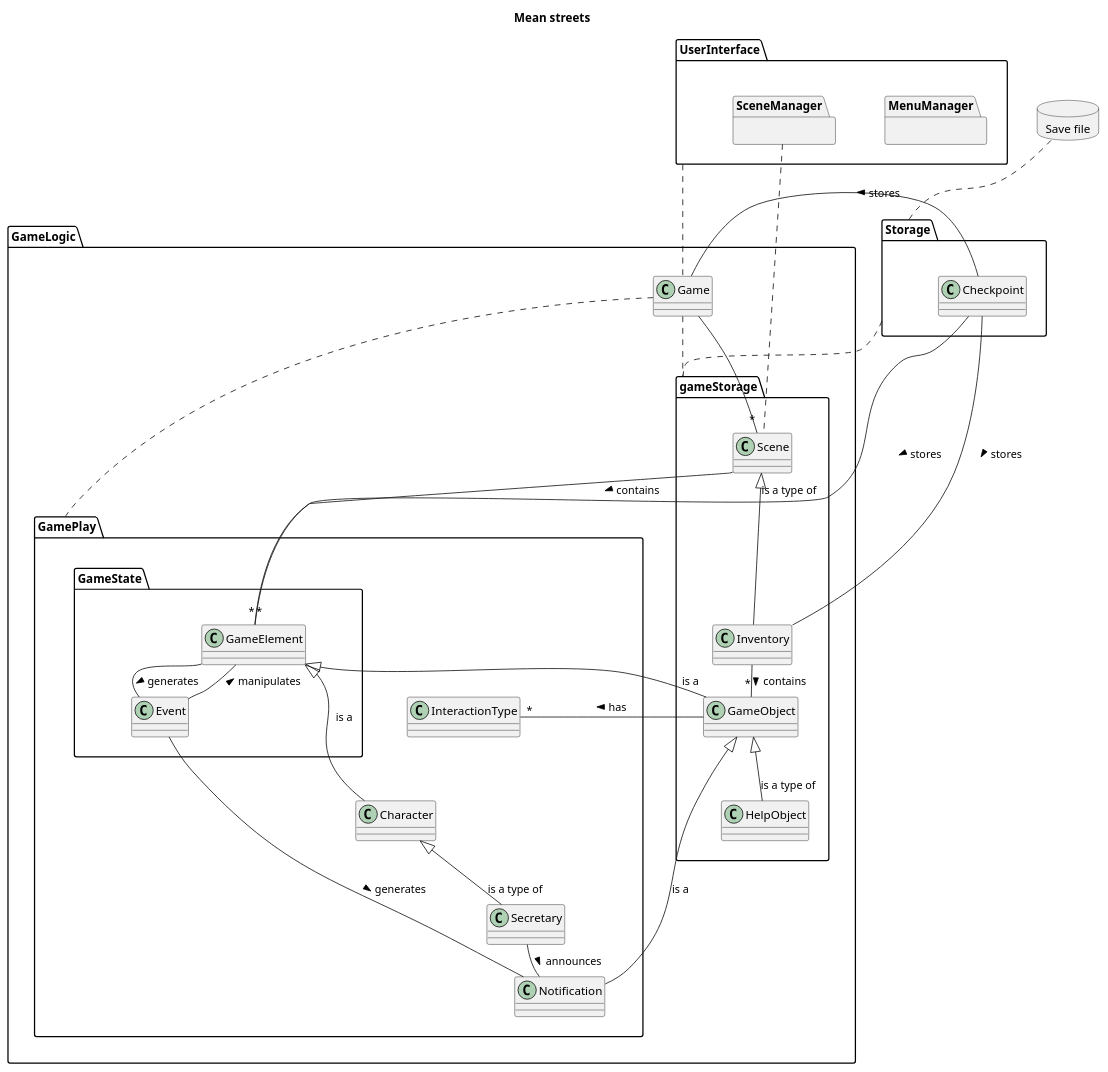
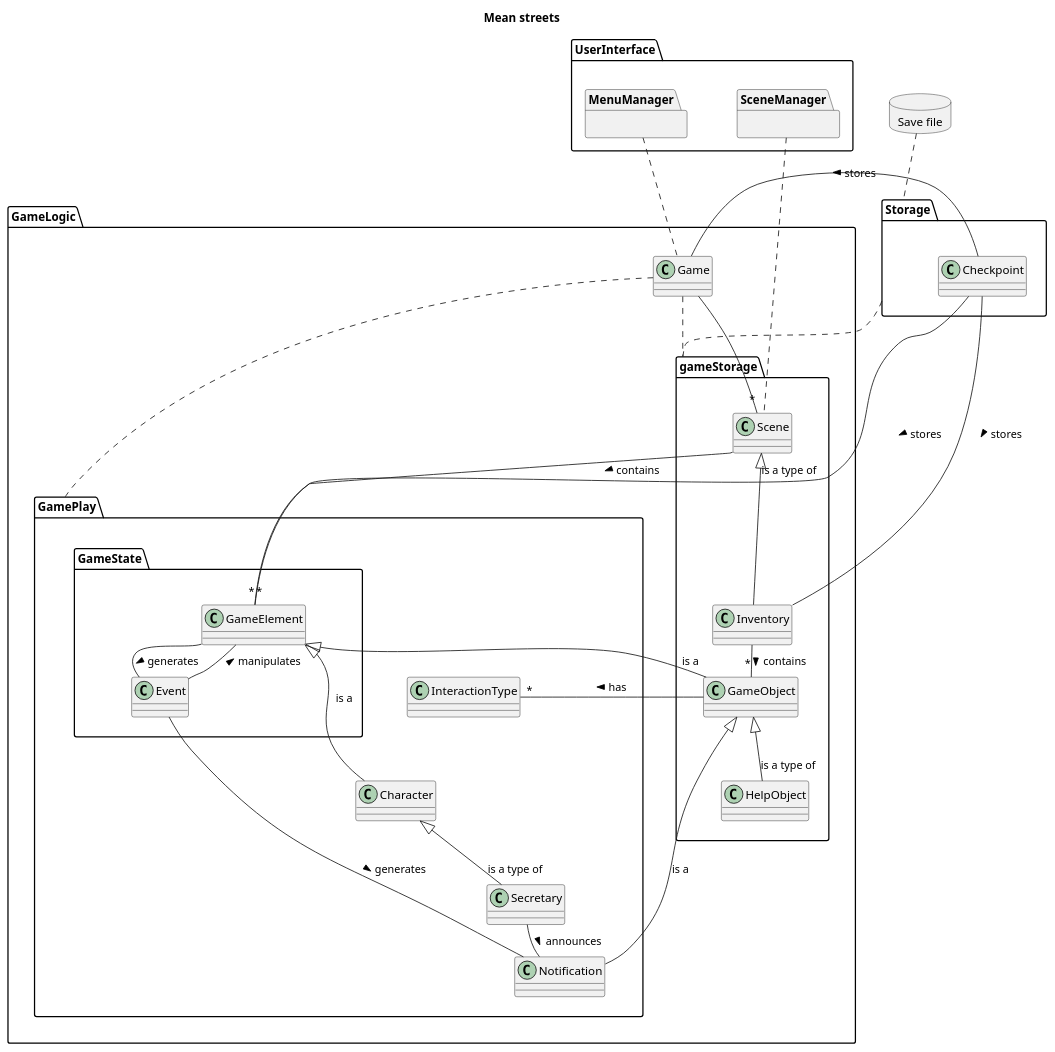
The diagram in architectDiagram.pu (NoahHakansson/SE-PA1460), drawn with PlantUML before and after one commit.

Commit message:
Updated Game's association with MenuManager

```diff
--- a/architectDiagram.pu
+++ b/architectDiagram.pu
@@ -1,74 +1,74 @@
 @startuml
 
 skinparam nodesep 60
 skinparam ranksep 20
 
 title Mean streets
 top to bottom direction
 database "Save file" {
 }
 package UserInterface {
     package MenuManager {}
     package SceneManager {}
 }
 
 package GameLogic {
     class Game
     package gameStorage {
         class Inventory
         class GameObject
         class HelpObject
         class Scene
     }
 
 
     package GamePlay {
         class InteractionType
         class Secretary
         class Character
         class Notification
         package GameState {
             class GameElement
             class Event
         }
     }
 }
 
 package Storage {
     class Checkpoint
 }
 
 "Save file".. Storage
-UserInterface .. Game
+MenuManager .. Game
 SceneManager .. Scene
 Storage . gameStorage
 
 
 InteractionType -[hidden]up- GameState
 Character -[hidden]up- GameState
 Secretary -[hidden]up- GameState
 Notification -[hidden]up- GameState
 InteractionType -[hidden]down- Character
 'GamePlay -[hidden]l- gameStorage
 
 Game . gameStorage
 Game . GamePlay
 
 Game -- "*" Scene
 Checkpoint -- "*" GameElement : stores >
 Checkpoint -- Inventory : stores >
 Checkpoint - Game : stores >
 Character <|-- Secretary : is a type of
 GameElement <|-- GameObject : is a
 GameElement <|-- Character : is a
 Scene - "*" GameElement : contains >
 Scene <|-- Inventory : is a type of
 Inventory -- "*" GameObject : contains >
 GameElement -- Event : generates >
 Event -- Notification : generates >
 Event -- GameElement : manipulates >
 Secretary -- Notification : announces >
 GameObject <|-- HelpObject : is a type of
 GameObject <|-- Notification : is a
 GameObject -- "*" InteractionType : has >
 @enduml
```
